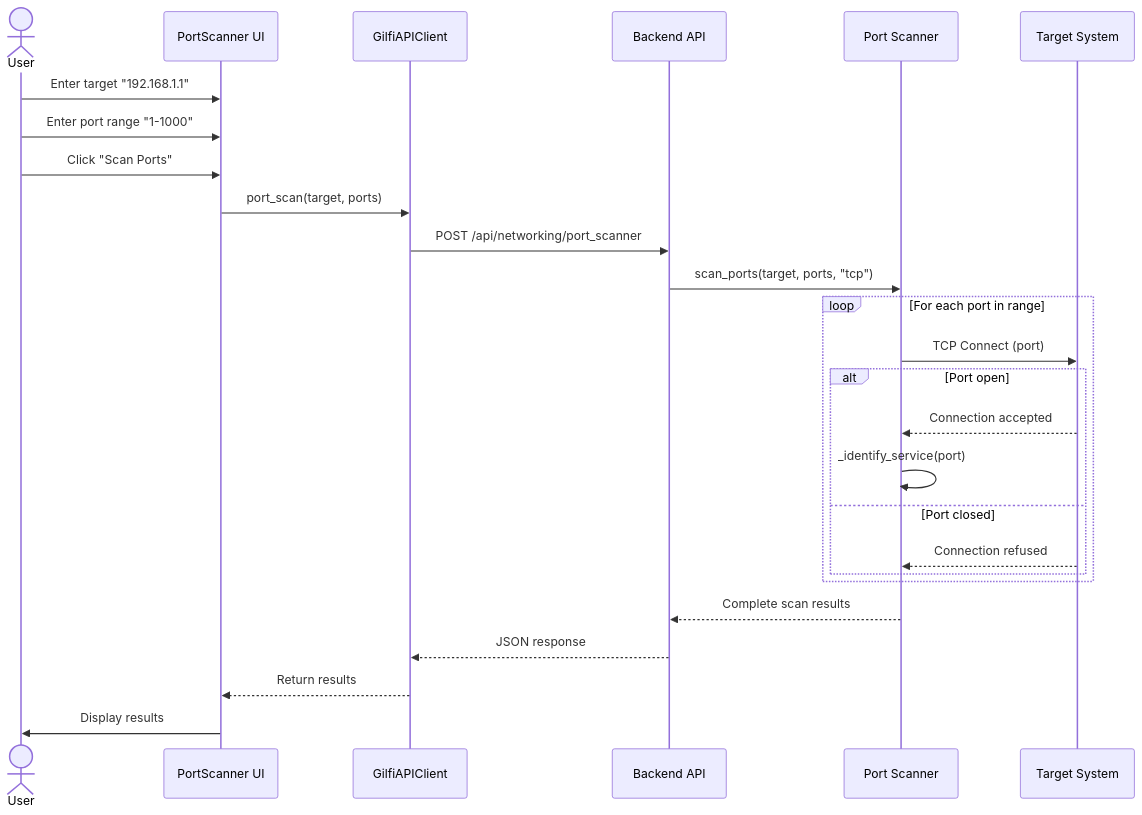
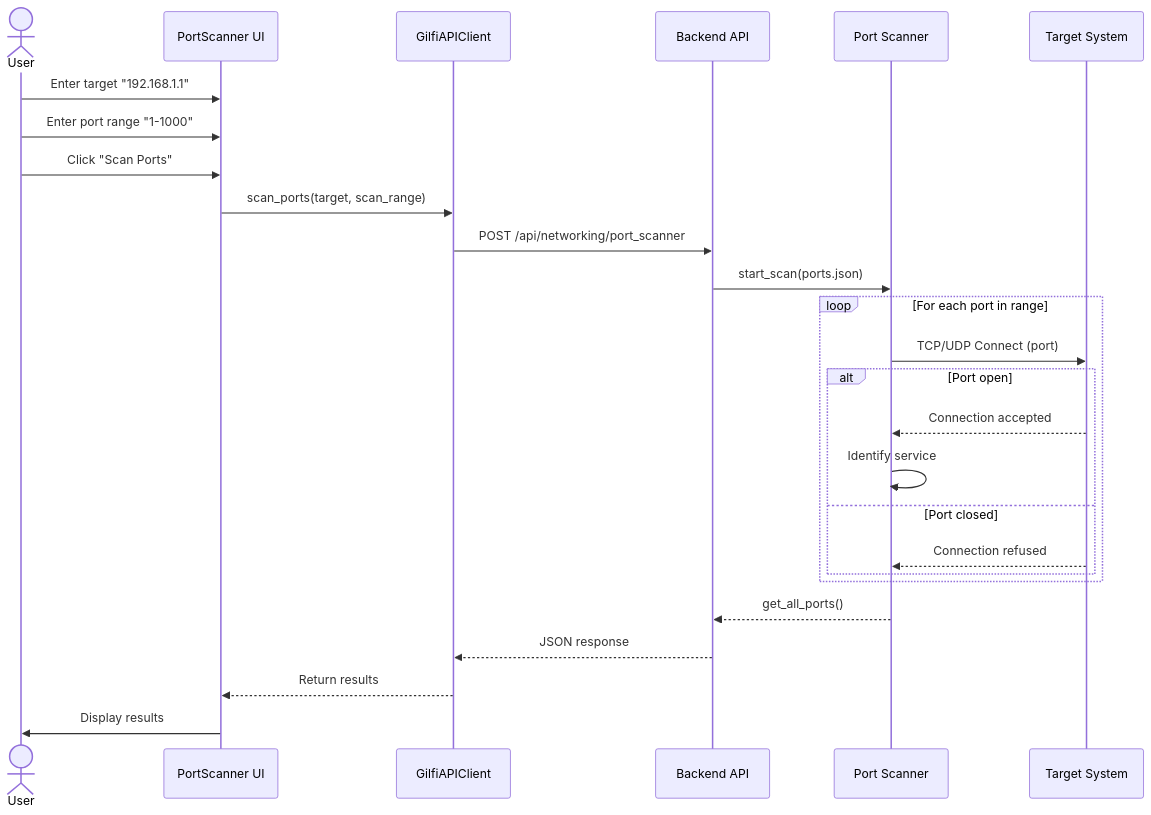
Before and after one commit to Mr-Robotiko/Gilfi: the sixth of 10 diagrams in README.md, drawn with Mermaid. The commit also changed other lines of this file, not shown here.

````diff
--- a/README.md
+++ b/README.md
@@ -395,34 +358,34 @@
 ```mermaid
 sequenceDiagram
     actor User
     participant UI as PortScanner UI
     participant API as GilfiAPIClient
     participant BE as Backend API
     participant Scanner as Port Scanner
     participant Target as Target System
     
     User->>UI: Enter target "192.168.1.1"
     User->>UI: Enter port range "1-1000"
     User->>UI: Click "Scan Ports"
     
-    UI->>API: port_scan(target, ports)
+    UI->>API: scan_ports(target, scan_range)
     API->>BE: POST /api/networking/port_scanner
     
-    BE->>Scanner: scan_ports(target, ports, "tcp")
+    BE->>Scanner: start_scan(ports.json)
     
     loop For each port in range
-        Scanner->>Target: TCP Connect (port)
+        Scanner->>Target: TCP/UDP Connect (port)
         
         alt Port open
             Target-->>Scanner: Connection accepted
-            Scanner->>Scanner: _identify_service(port)
+            Scanner->>Scanner: Identify service
         else Port closed
             Target-->>Scanner: Connection refused
         end
     end
     
-    Scanner-->>BE: Complete scan results
+    Scanner-->>BE: get_all_ports()
     BE-->>API: JSON response
     API-->>UI: Return results
     UI->>User: Display results
 ```
````
